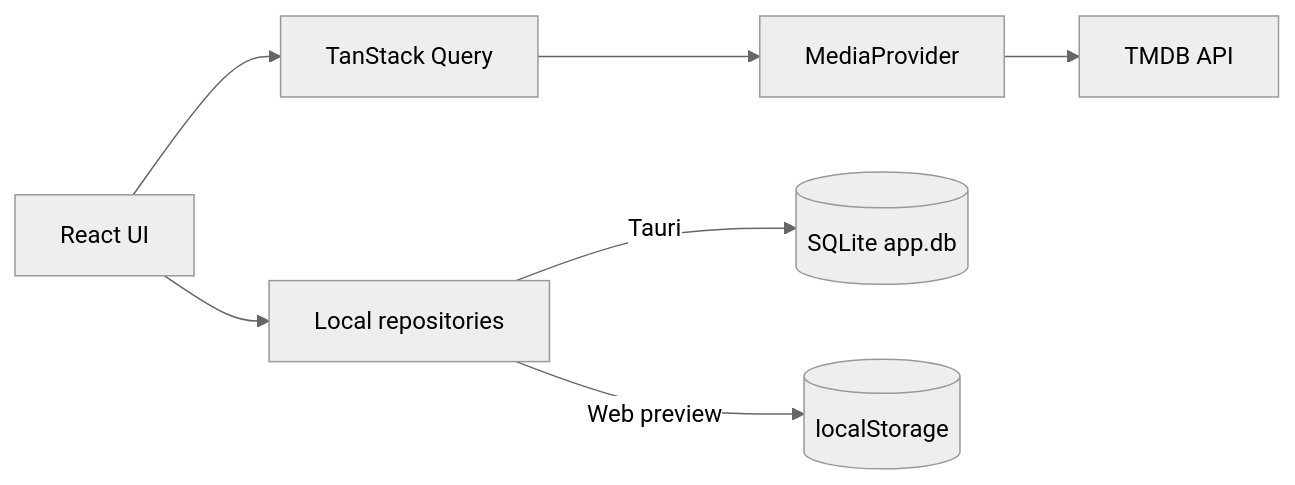
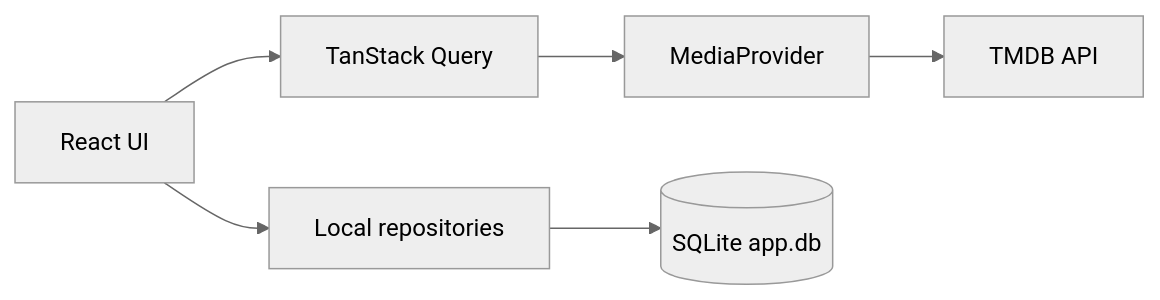
Before and after one commit to Arrows78/cinetrack: the diagram in README.md, drawn with Mermaid (neutral theme). The commit also changed other lines of this file and 1 other file, not shown here.

First line of the commit message:
docs: update README and schema doc for the unified SQLite storage

````diff
--- a/README.md
+++ b/README.md
@@ -71,10 +70,9 @@
 ```mermaid
 flowchart LR
     UI[React UI] --> Q[TanStack Query]
     Q --> MP[MediaProvider]
     MP --> TMDB[TMDB API]
 
     UI --> LR[Local repositories]
-    LR -->|Tauri| DB[(SQLite app.db)]
-    LR -->|Web preview| LS[(localStorage)]
+    LR --> DB[(SQLite app.db)]
 ```
````
